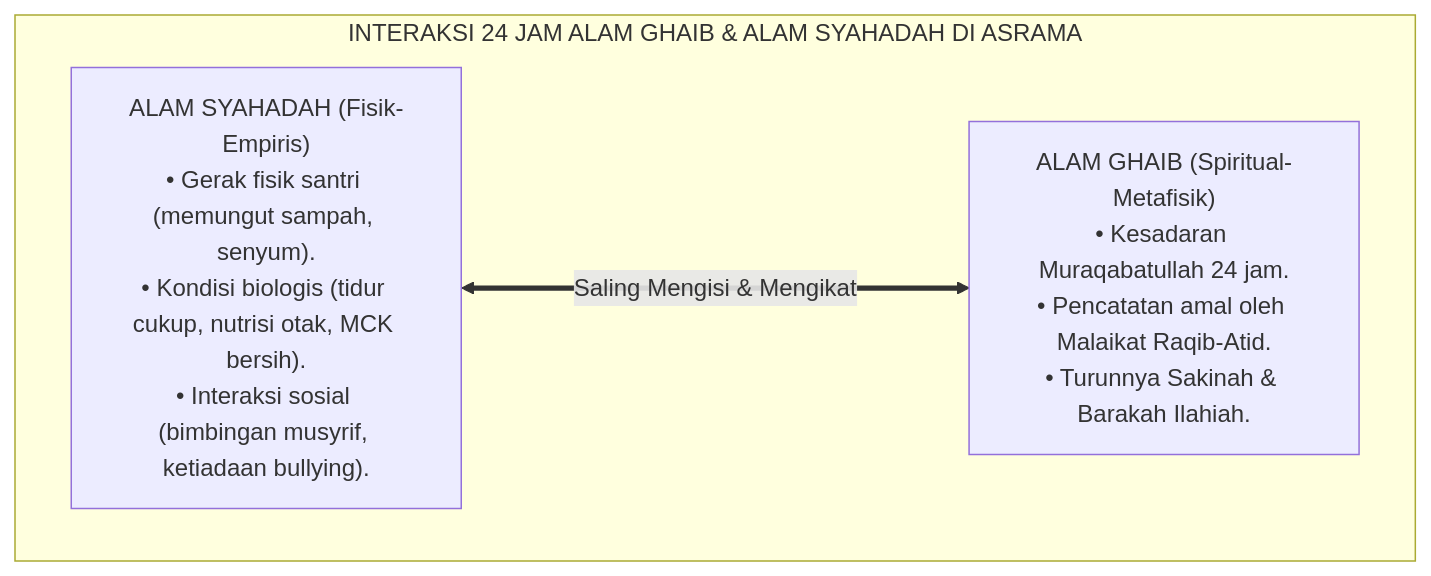
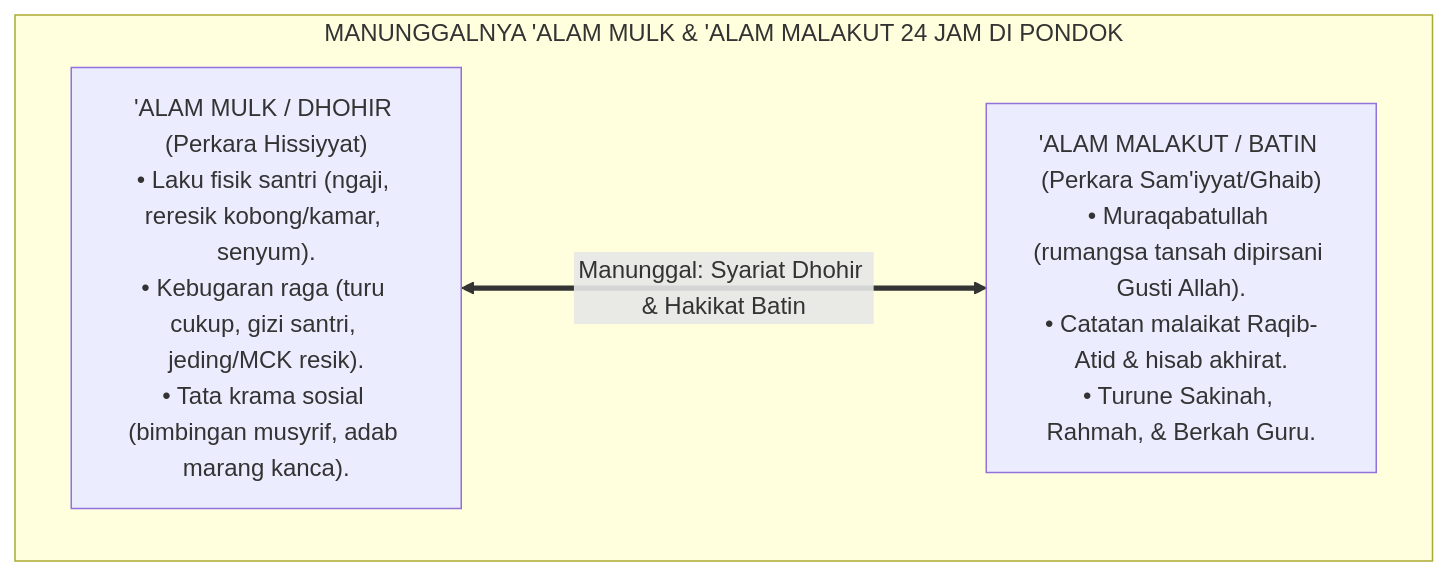
The sixth of 7 diagrams in 01 Philosophy/01 Worldview/P1-01-01-01-Kajian-Dialektika-Inkuiri-dan-Tanya-Jawab-Realitas.md (wandiapriliyandi/tumbuh), drawn with Mermaid before and after one commit. The commit also changed other lines of this file and 1 other file, not shown here.

Commit message:
docs(philosophy): use familiar NU pesantren terminology (Alam Mulk & Malakut, Dhohir & Batin, Sam'iyyat & Hissiyyat) for reality domains

````diff
--- a/01 Philosophy/01 Worldview/P1-01-01-01-Kajian-Dialektika-Inkuiri-dan-Tanya-Jawab-Realitas.md
+++ b/01 Philosophy/01 Worldview/P1-01-01-01-Kajian-Dialektika-Inkuiri-dan-Tanya-Jawab-Realitas.md
@@ -164,10 +166,10 @@
 ```mermaid
 graph TD
-    subgraph IntegrasiDomain["INTERAKSI 24 JAM ALAM GHAIB & ALAM SYAHADAH DI ASRAMA"]
-        S["ALAM SYAHADAH (Fisik-Empiris)<br/>• Gerak fisik santri (memungut sampah, senyum).<br/>• Kondisi biologis (tidur cukup, nutrisi otak, MCK bersih).<br/>• Interaksi sosial (bimbingan musyrif, ketiadaan bullying)."]
+    subgraph IntegrasiDomain["MANUNGGALNYA 'ALAM MULK & 'ALAM MALAKUT 24 JAM DI PONDOK"]
+        S["'ALAM MULK / DHOHIR (Perkara Hissiyyat)<br/>• Laku fisik santri (ngaji, reresik kobong/kamar, senyum).<br/>• Kebugaran raga (turu cukup, gizi santri, jeding/MCK resik).<br/>• Tata krama sosial (bimbingan musyrif, adab marang kanca)."]
         
-        G["ALAM GHAIB (Spiritual-Metafisik)<br/>• Kesadaran Muraqabatullah 24 jam.<br/>• Pencatatan amal oleh Malaikat Raqib-Atid.<br/>• Turunnya Sakinah & Barakah Ilahiah."]
+        G["'ALAM MALAKUT / BATIN (Perkara Sam'iyyat/Ghaib)<br/>• Muraqabatullah (rumangsa tansah dipirsani Gusti Allah).<br/>• Catatan malaikat Raqib-Atid & hisab akhirat.<br/>• Turune Sakinah, Rahmah, & Berkah Guru."]
         
-        S <===>|Saling Mengisi & Mengikat| G
+        S <===>|Manunggal: Syariat Dhohir & Hakikat Batin| G
     end
 ```
````
